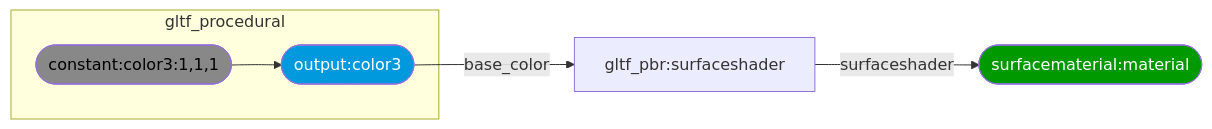
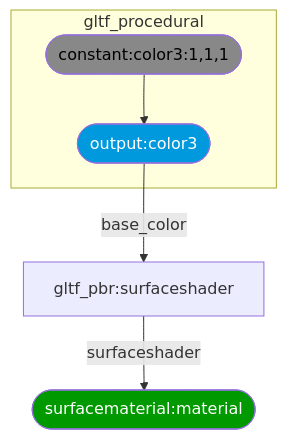
One commit to KhronosGroup/glTF-MaterialX-Converter changed the first of 6 diagrams in README.md. Above: the diagram before and after it, drawn with Mermaid. The commit also changed other lines of this file and 9 other files, not shown here.

````diff
--- a/README.md
+++ b/README.md
@@ -68,15 +76,15 @@
 ```mermaid
-graph LR
+graph TB
     gltf_Material([surfacematerial:material])
     style gltf_Material   fill:#090, color:#FFF
     gltf_Shader[gltf_pbr:surfaceshader]
     subgraph gltf_procedural
     gltf_procedural_output_color4([output:color3])
     style gltf_procedural_output_color4  fill:#09D, color:#FFF
     gltf_procedural_constant_color4([constant:color3:1,1,1])
     style gltf_procedural_constant_color4  fill:#888, color:#000
     end
     gltf_Shader --"surfaceshader"--> gltf_Material
     gltf_procedural_constant_color4 --> gltf_procedural_output_color4
     gltf_procedural_output_color4 --"base_color"--> gltf_Shader
 ```
````
